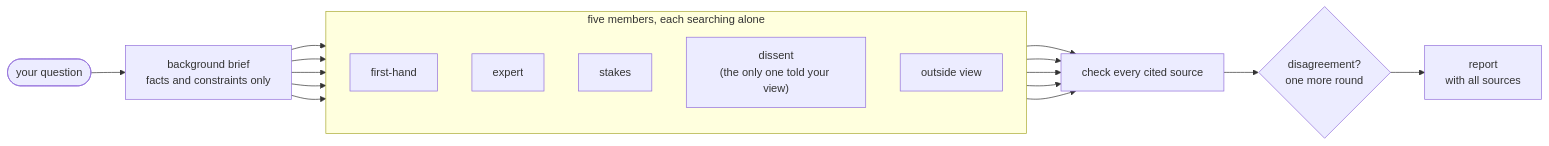
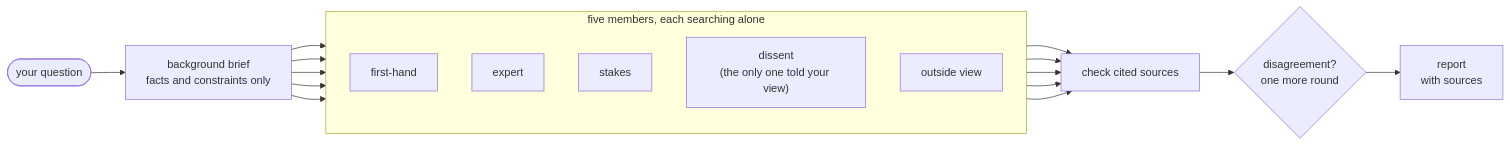
Before and after one commit to xhyumiracle/family-skill: the diagram in README.md, drawn with Mermaid. The commit also changed other lines of this file and 8 other files, not shown here.

````diff
--- a/README.md
+++ b/README.md
@@ -79,16 +79,16 @@
 ```mermaid
 flowchart LR
   Q([your question]) --> B["background brief<br/>facts and constraints only"]
   subgraph crew ["five members, each searching alone"]
     direction TB
     S1["first-hand"]
     S2["expert"]
     S3["stakes"]
     S4["dissent<br/>(the only one told your view)"]
     S5["outside view"]
   end
   B --> S1 & S2 & S3 & S4 & S5
-  S1 & S2 & S3 & S4 & S5 --> V["check every cited source"]
+  S1 & S2 & S3 & S4 & S5 --> V["check cited sources"]
   V --> E{"disagreement?<br/>one more round"}
-  E --> R["report<br/>with all sources"]
+  E --> R["report<br/>with sources"]
 ```
````
